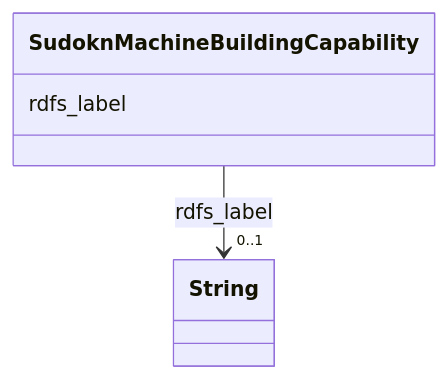
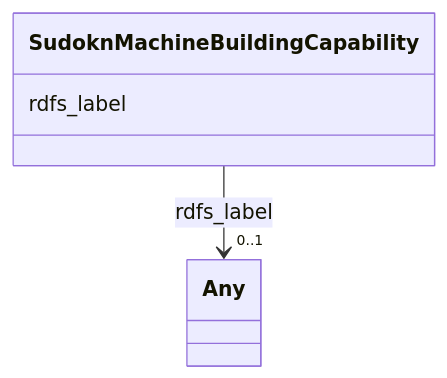
Before and after one commit to frink-okn/graph-descriptions: the diagram in sudokn-kg/classes/SudoknMachineBuildingCapability.md, drawn with Mermaid. The commit also changed other lines of this file and 903 other files, not shown here.

````diff
--- a/sudokn-kg/classes/SudoknMachineBuildingCapability.md
+++ b/sudokn-kg/classes/SudoknMachineBuildingCapability.md
@@ -23,15 +18,15 @@
 ```mermaid
  classDiagram
     class SudoknMachineBuildingCapability
     click SudoknMachineBuildingCapability href "../SudoknMachineBuildingCapability"
       SudoknMachineBuildingCapability : rdfs_label
         
           
     
     
-    SudoknMachineBuildingCapability --> "0..1" String : rdfs_label
-    click String href "../String"
+    SudoknMachineBuildingCapability --> "0..1" Any : rdfs_label
+    click Any href "../Any"
 
         
       
 ```
````
